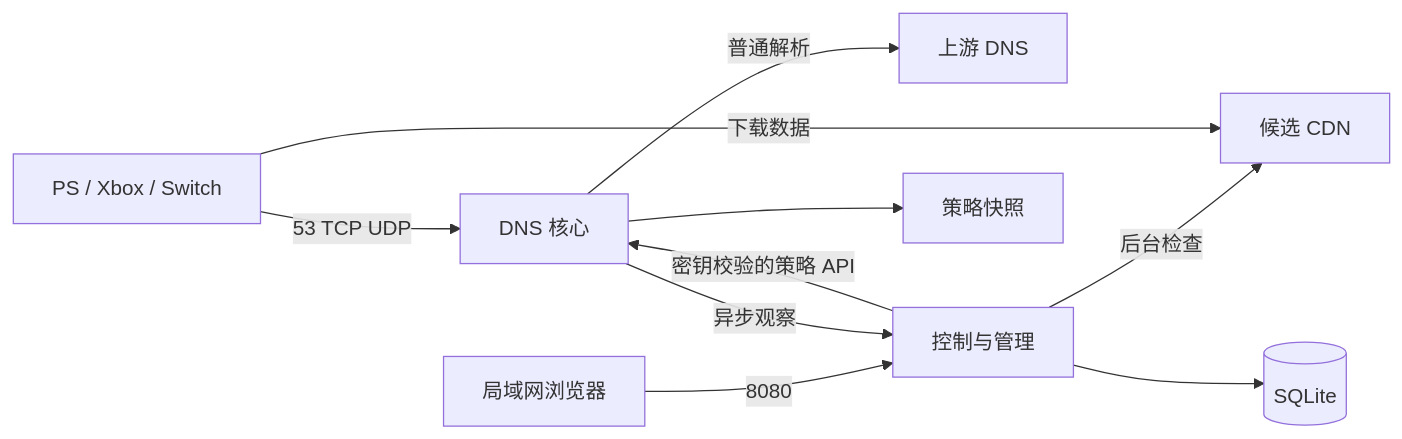
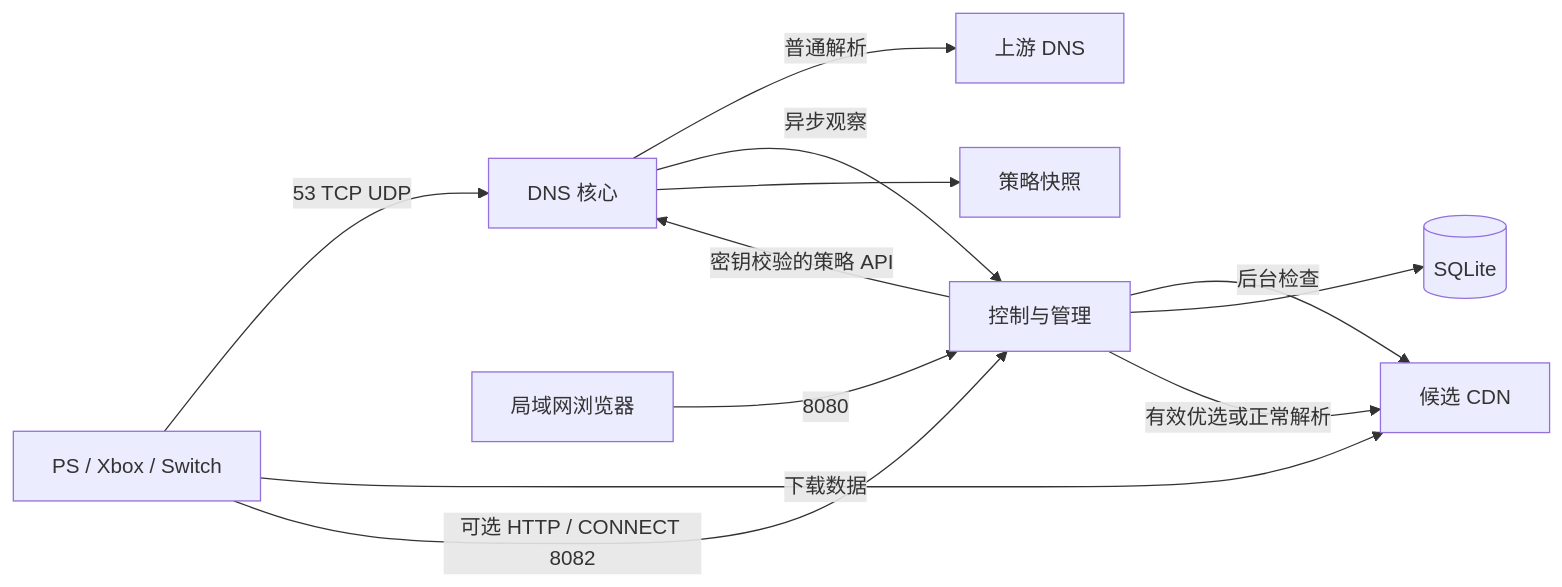
Before and after one commit to leoskey/dns-assistant: the diagram in docs/architecture/technology-selection.md, drawn with Mermaid. The commit also changed other lines of this file and 32 other files, not shown here.

````diff
--- a/docs/architecture/technology-selection.md
+++ b/docs/architecture/technology-selection.md
@@ -22,12 +22,14 @@
 ```mermaid
 flowchart LR
     Device[PS / Xbox / Switch] -->|53 TCP UDP| DNS[DNS 核心]
     DNS -->|普通解析| Upstream[上游 DNS]
     Browser[局域网浏览器] -->|8080| Controller[控制与管理]
     Controller -->|后台检查| CDN[候选 CDN]
     Controller -->|密钥校验的策略 API| DNS
     DNS -->|异步观察| Controller
     Controller --> DB[(SQLite)]
     DNS --> Snapshot[策略快照]
     Device -->|下载数据| CDN
+    Device -->|可选 HTTP / CONNECT 8082| Controller
+    Controller -->|有效优选或正常解析| CDN
 ```
````
